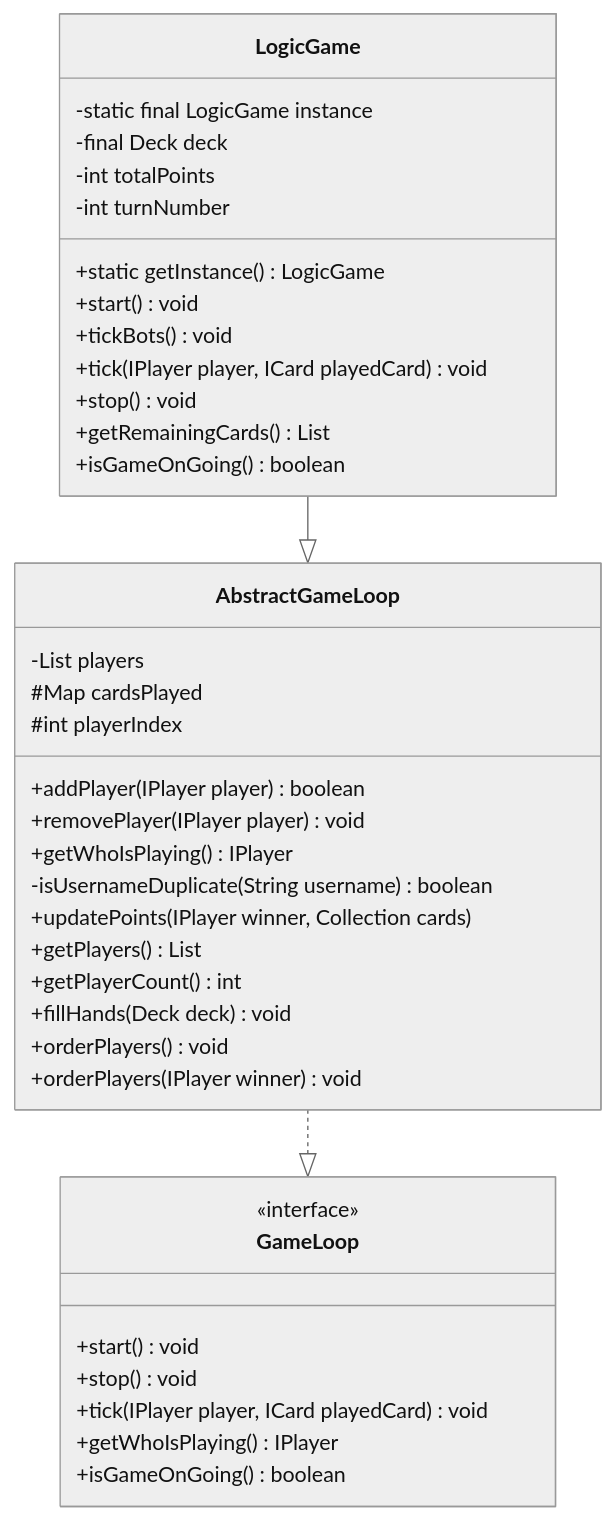
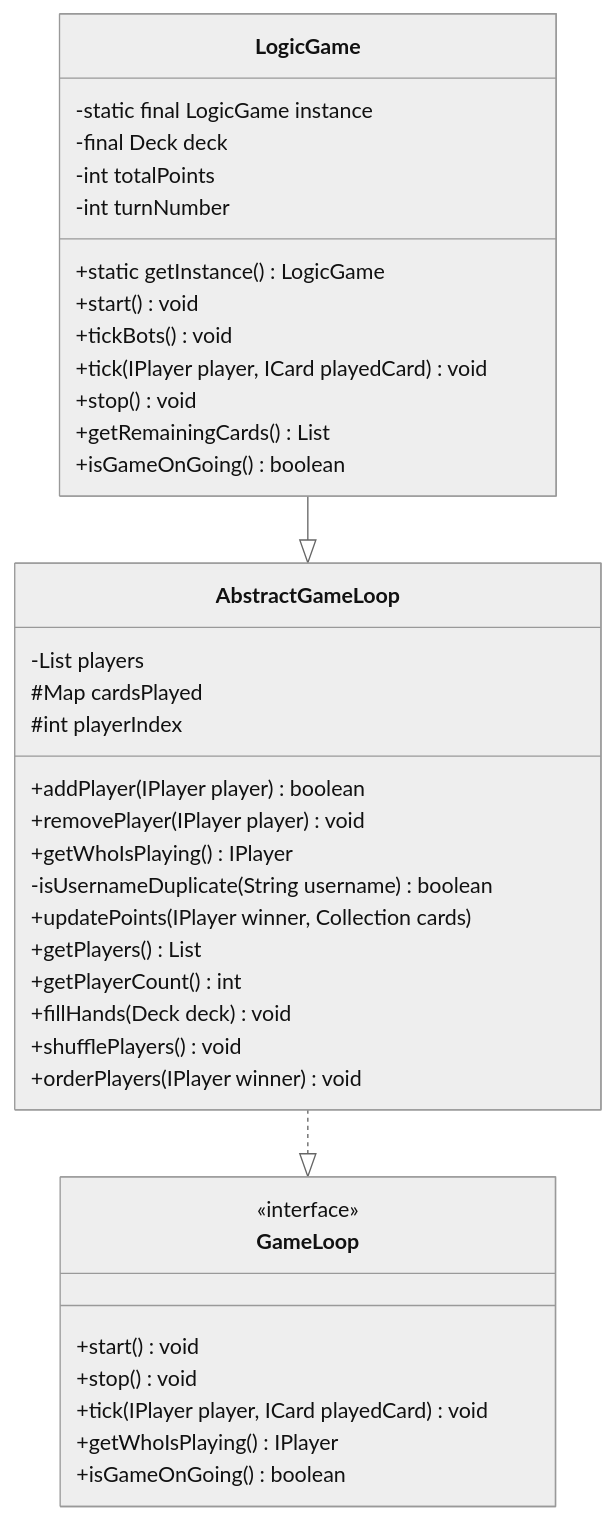
The diagram in uml/GameLoop.md (MouradMjd/Briscola), drawn with Mermaid (neutral theme) before and after one commit. The commit also changed 3 other files, not shown here.

Commit message:
Made AbstractGameLoop.orderPlayers() work with a generic number of players

````diff
--- a/uml/GameLoop.md
+++ b/uml/GameLoop.md
@@ -1,46 +1,46 @@
 ```mermaid
 classDiagram
 class GameLoop {
     <<interface>>
 
     +start() void
     +stop() void
     +tick(IPlayer player, ICard playedCard) void
     +getWhoIsPlaying() IPlayer
     +isGameOnGoing() boolean
 }
 
 class AbstractGameLoop {
     -List<IPlayer> players
     #Map<IPlayer, ICard> cardsPlayed
     #int playerIndex
 
     +addPlayer(IPlayer player) boolean
     +removePlayer(IPlayer player) void
     +getWhoIsPlaying() IPlayer
     -isUsernameDuplicate(String username) boolean
     +updatePoints(IPlayer winner, Collection<ICard> cards)
     +getPlayers() List<IPlayer> 
     +getPlayerCount() int
     +fillHands(Deck deck) void
-    +orderPlayers() void
+    +shufflePlayers() void
     +orderPlayers(IPlayer winner) void
 }
 AbstractGameLoop ..|> GameLoop
 
 class LogicGame {
     -static final LogicGame instance
     -final Deck deck
     -int totalPoints
     -int turnNumber
 
     +static getInstance() LogicGame
     +start() void
     +tickBots() void
     +tick(IPlayer player, ICard playedCard) void
     +stop() void
     +getRemainingCards() List<ICard>
     +isGameOnGoing() boolean
 }
 LogicGame --|>AbstractGameLoop
 ```
````
